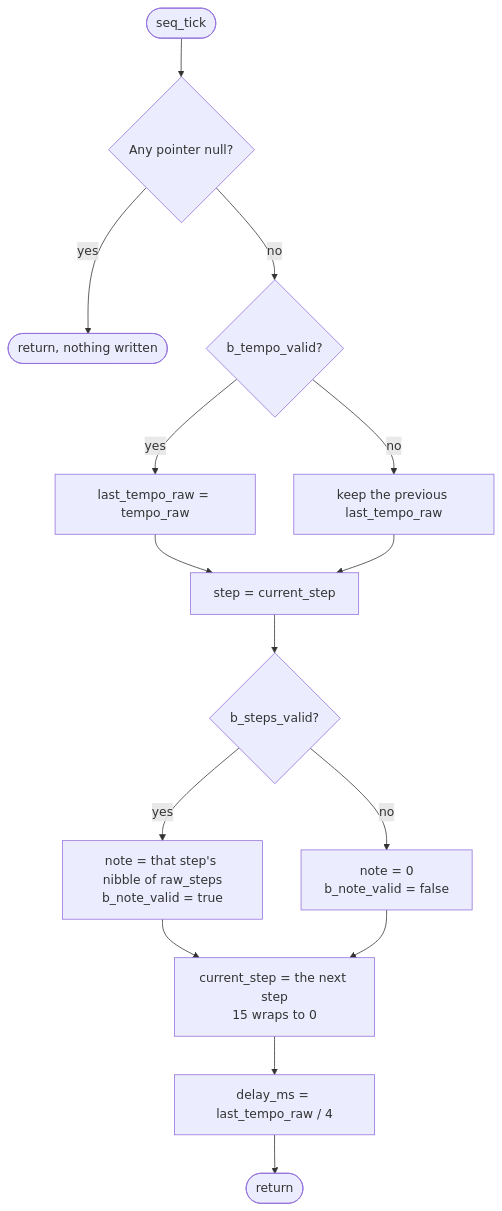
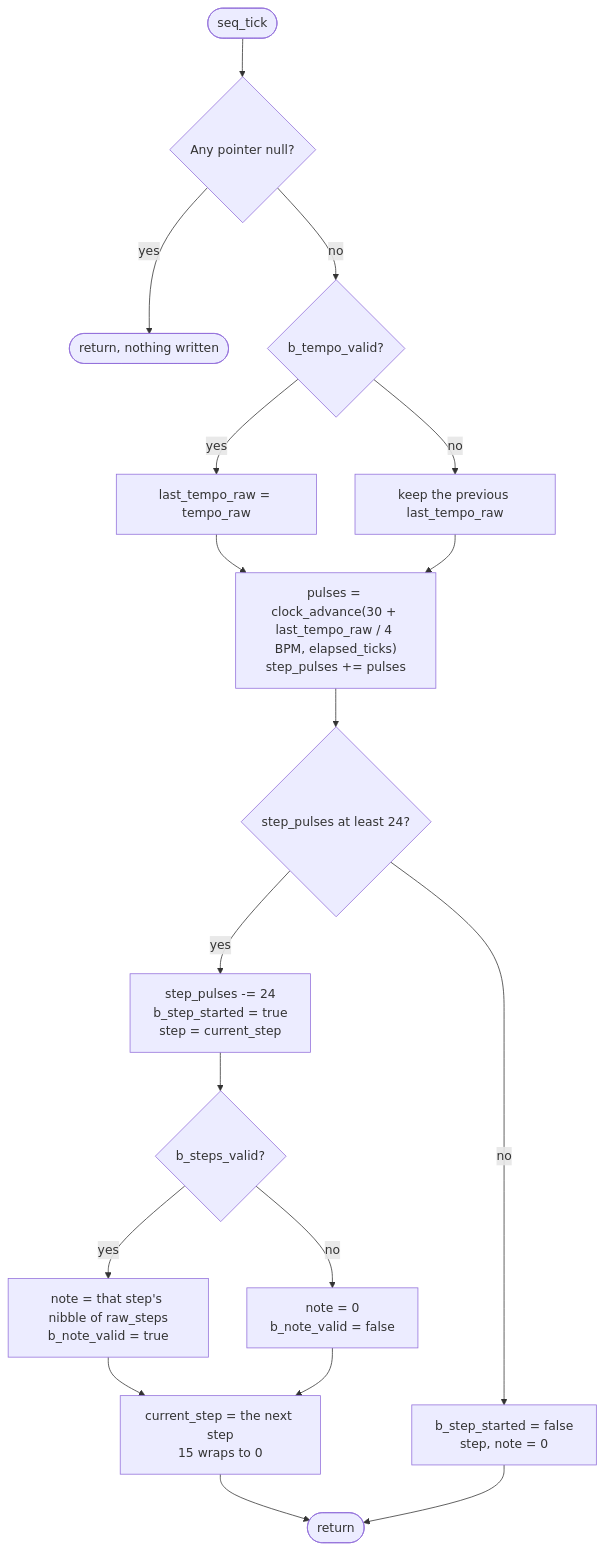
Before and after one commit to BonelessPig/nano_sequencer: the sixth of 18 diagrams in docs/ARCHITECTURE.md, drawn with Mermaid. The commit also changed other lines of this file and 9 other files, not shown here.

````diff
--- a/docs/ARCHITECTURE.md
+++ b/docs/ARCHITECTURE.md
@@ -217,17 +241,20 @@
 ```mermaid
 flowchart TD
     start(["seq_tick"]) --> nullcheck{"Any pointer null?"}
     nullcheck -->|"yes"| done(["return, nothing written"])
     nullcheck -->|"no"| tempo{"b_tempo_valid?"}
     tempo -->|"yes"| store["last_tempo_raw = tempo_raw"]
     tempo -->|"no"| keep["keep the previous last_tempo_raw"]
-    store --> play["step = current_step"]
-    keep --> play
-    play --> steps{"b_steps_valid?"}
+    store --> clock
+    keep --> clock
+    clock["pulses = clock_advance(30 + last_tempo_raw / 4 BPM, elapsed_ticks)<br/>step_pulses += pulses"] --> due{"step_pulses at least 24?"}
+    due -->|"no"| idle["b_step_started = false<br/>step, note = 0"]
+    due -->|"yes"| begin["step_pulses -= 24<br/>b_step_started = true<br/>step = current_step"]
+    begin --> steps{"b_steps_valid?"}
     steps -->|"yes"| decode["note = that step's nibble of raw_steps<br/>b_note_valid = true"]
     steps -->|"no"| zero["note = 0<br/>b_note_valid = false"]
     decode --> advance
     zero --> advance
-    advance["current_step = the next step<br/>15 wraps to 0"] --> delay["delay_ms = last_tempo_raw / 4"]
-    delay --> out(["return"])
+    advance["current_step = the next step<br/>15 wraps to 0"] --> out(["return"])
+    idle --> out
 ```
````
